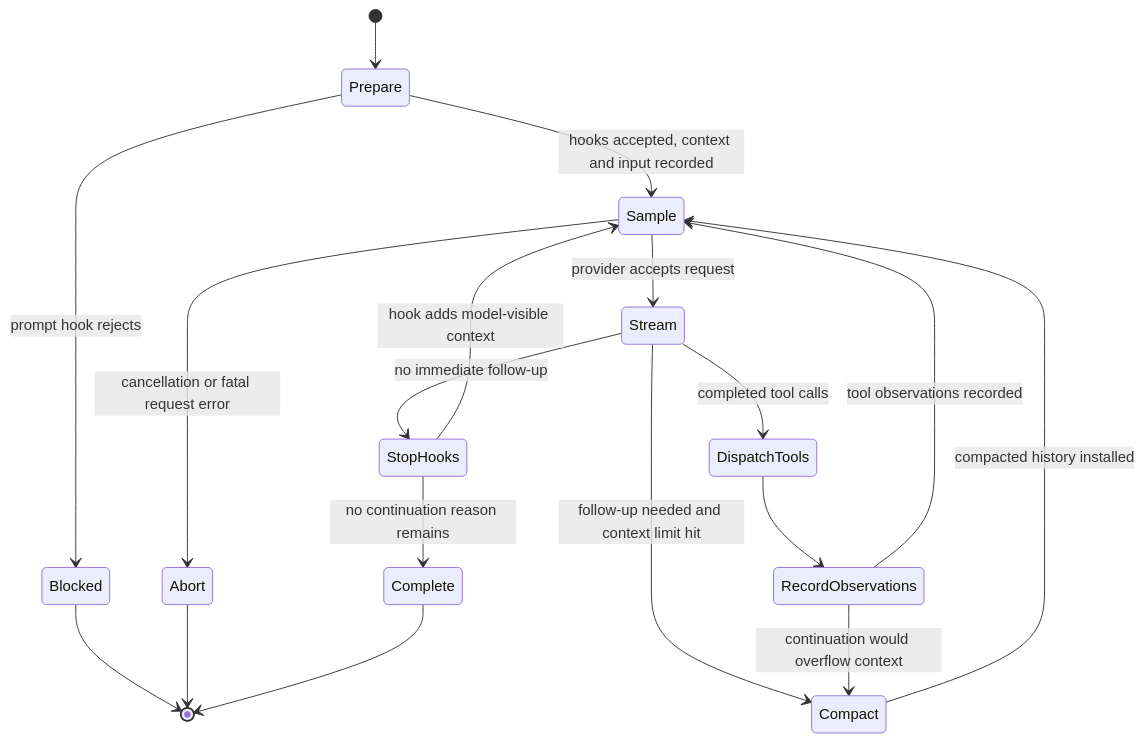
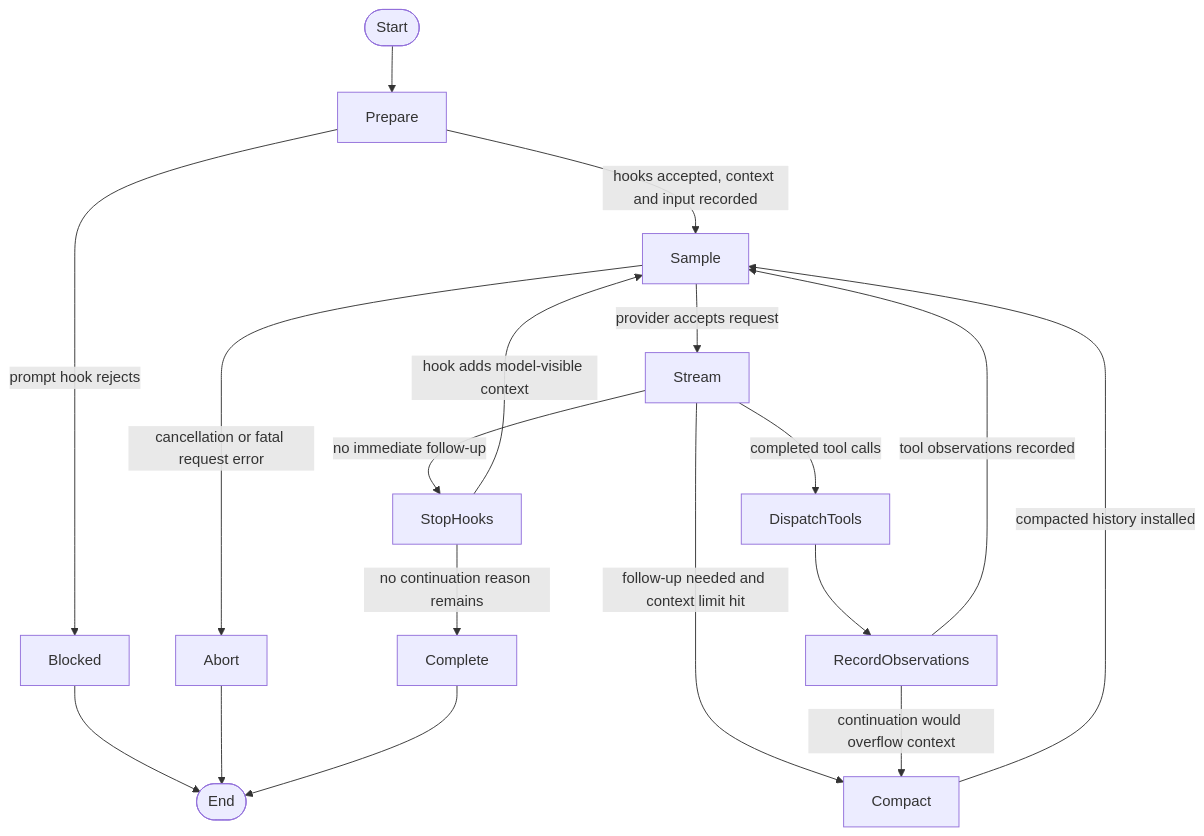
The second of 2 diagrams in docs/codex-from-source/chapter-06.md (WineChord/books), drawn with Mermaid before and after one commit. The commit also changed other lines of this file and 101 other files, not shown here.

````diff
--- a/docs/codex-from-source/chapter-06.md
+++ b/docs/codex-from-source/chapter-06.md
@@ -112,20 +97,22 @@
 ```mermaid
-stateDiagram-v2
-    [*] --> Prepare
-    Prepare --> Blocked: prompt hook rejects
-    Prepare --> Sample: hooks accepted, context and input recorded
-    Sample --> Stream: provider accepts request
-    Sample --> Abort: cancellation or fatal request error
-    Stream --> DispatchTools: completed tool calls
-    Stream --> Compact: follow-up needed and context limit hit
-    Stream --> StopHooks: no immediate follow-up
+flowchart TD
+    StartState([Start])
+    EndState([End])
+    StartState --> Prepare
+    Prepare -->|prompt hook rejects| Blocked
+    Prepare -->|hooks accepted, context and input recorded| Sample
+    Sample -->|provider accepts request| Stream
+    Sample -->|cancellation or fatal request error| Abort
+    Stream -->|completed tool calls| DispatchTools
+    Stream -->|follow-up needed and context limit hit| Compact
+    Stream -->|no immediate follow-up| StopHooks
     DispatchTools --> RecordObservations
-    RecordObservations --> Compact: continuation would overflow context
-    RecordObservations --> Sample: tool observations recorded
-    Compact --> Sample: compacted history installed
-    StopHooks --> Sample: hook adds model-visible context
-    StopHooks --> Complete: no continuation reason remains
-    Blocked --> [*]
-    Abort --> [*]
-    Complete --> [*]
+    RecordObservations -->|continuation would overflow context| Compact
+    RecordObservations -->|tool observations recorded| Sample
+    Compact -->|compacted history installed| Sample
+    StopHooks -->|hook adds model-visible context| Sample
+    StopHooks -->|no continuation reason remains| Complete
+    Blocked --> EndState
+    Abort --> EndState
+    Complete --> EndState
 ```
````
